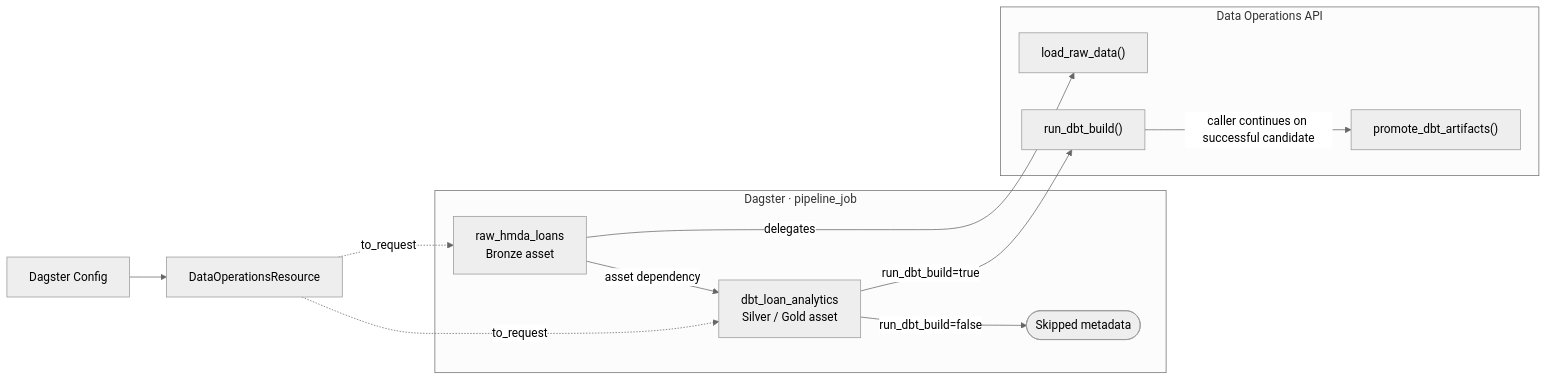
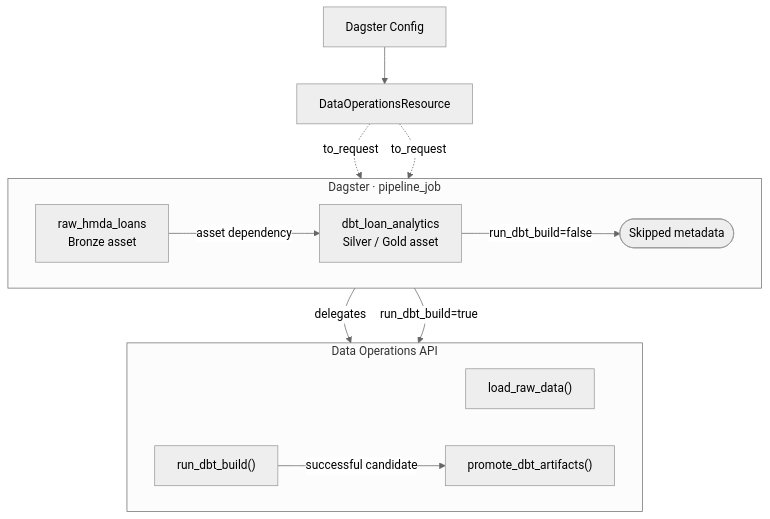
The diagram in docs/domains/orchestration.md (mols3131d/hmda-data-reliability), drawn with Mermaid (neutral theme) before and after one commit.

Commit message:
docs: compact orchestration mermaid layout

````diff
--- a/docs/domains/orchestration.md
+++ b/docs/domains/orchestration.md
@@ -23,19 +23,21 @@
 ```mermaid
-flowchart LR
+flowchart TB
     config["Dagster Config"] --> resource["DataOperationsResource"]
 
     subgraph dagster ["Dagster · pipeline_job"]
+        direction LR
         raw["raw_hmda_loans<br/>Bronze asset"] -->|asset dependency| dbt["dbt_loan_analytics<br/>Silver / Gold asset"]
         dbt -->|run_dbt_build=false| skipped(["Skipped metadata"])
     end
 
     subgraph application ["Data Operations API"]
+        direction LR
         load["load_raw_data()"]
-        build["run_dbt_build()"] -->|caller continues on successful candidate| promote["promote_dbt_artifacts()"]
+        build["run_dbt_build()"] -->|successful candidate| promote["promote_dbt_artifacts()"]
     end
 
     resource -.->|to_request| raw
     resource -.->|to_request| dbt
     raw -->|delegates| load
     dbt -->|run_dbt_build=true| build
 ```
````
